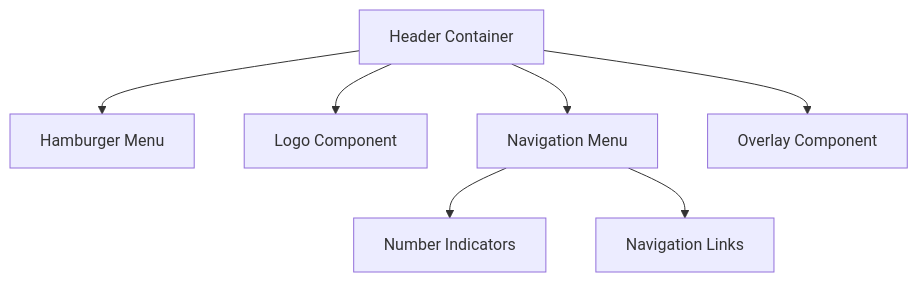
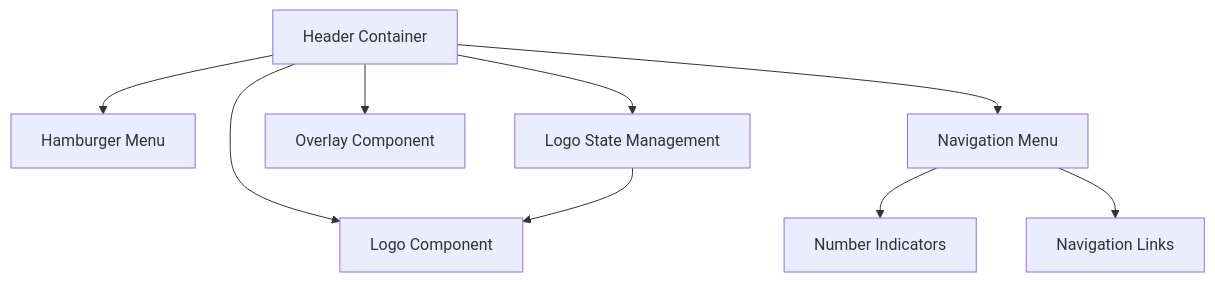
Before and after one commit to joinvai/parker-photography-next-js-template: the diagram in memory-bank/systemPatterns.md, drawn with Mermaid. The commit also changed other lines of this file and 4 other files, not shown here.

````diff
--- a/memory-bank/systemPatterns.md
+++ b/memory-bank/systemPatterns.md
@@ -6,17 +6,21 @@
 ```mermaid
 graph TD
     Header[Header Container]
     Hamburger[Hamburger Menu]
     Logo[Logo Component]
     Nav[Navigation Menu]
     Overlay[Overlay Component]
     Numbers[Number Indicators]
     Links[Navigation Links]
 
     Header --> Hamburger
     Header --> Logo
     Header --> Nav
     Header --> Overlay
     Nav --> Numbers
     Nav --> Links
+
+    LogoState[Logo State Management]
+    Header --> LogoState
+    LogoState --> Logo
 ```
````
